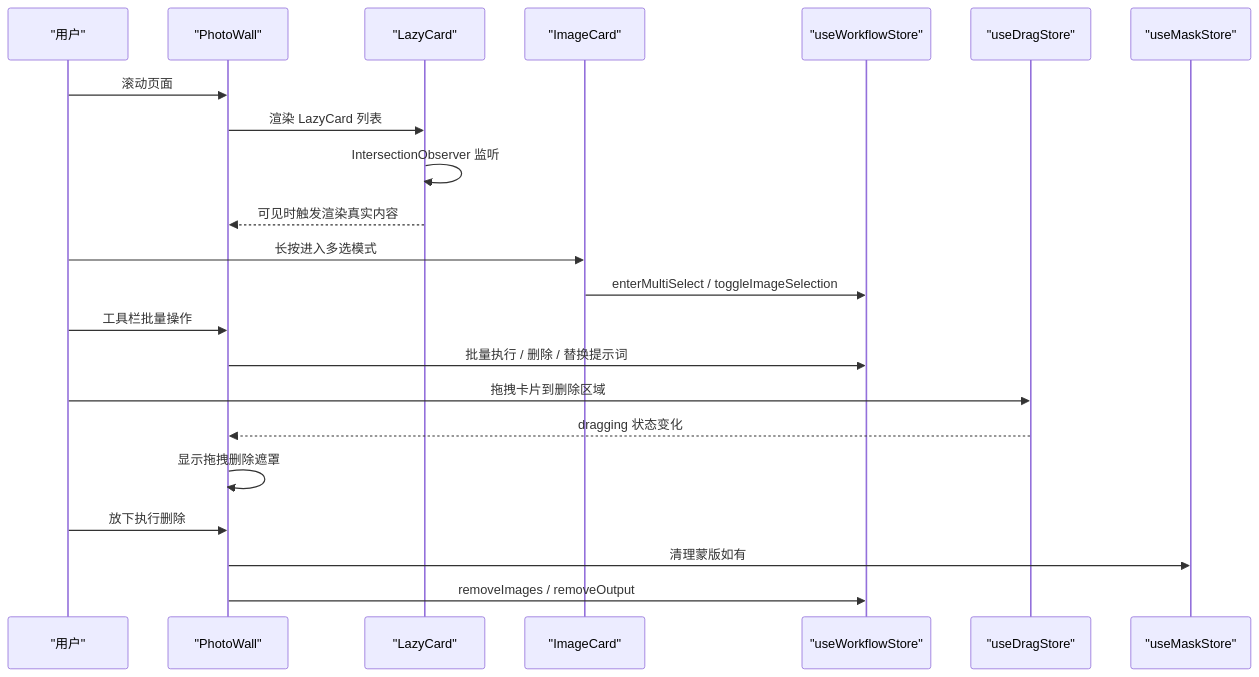
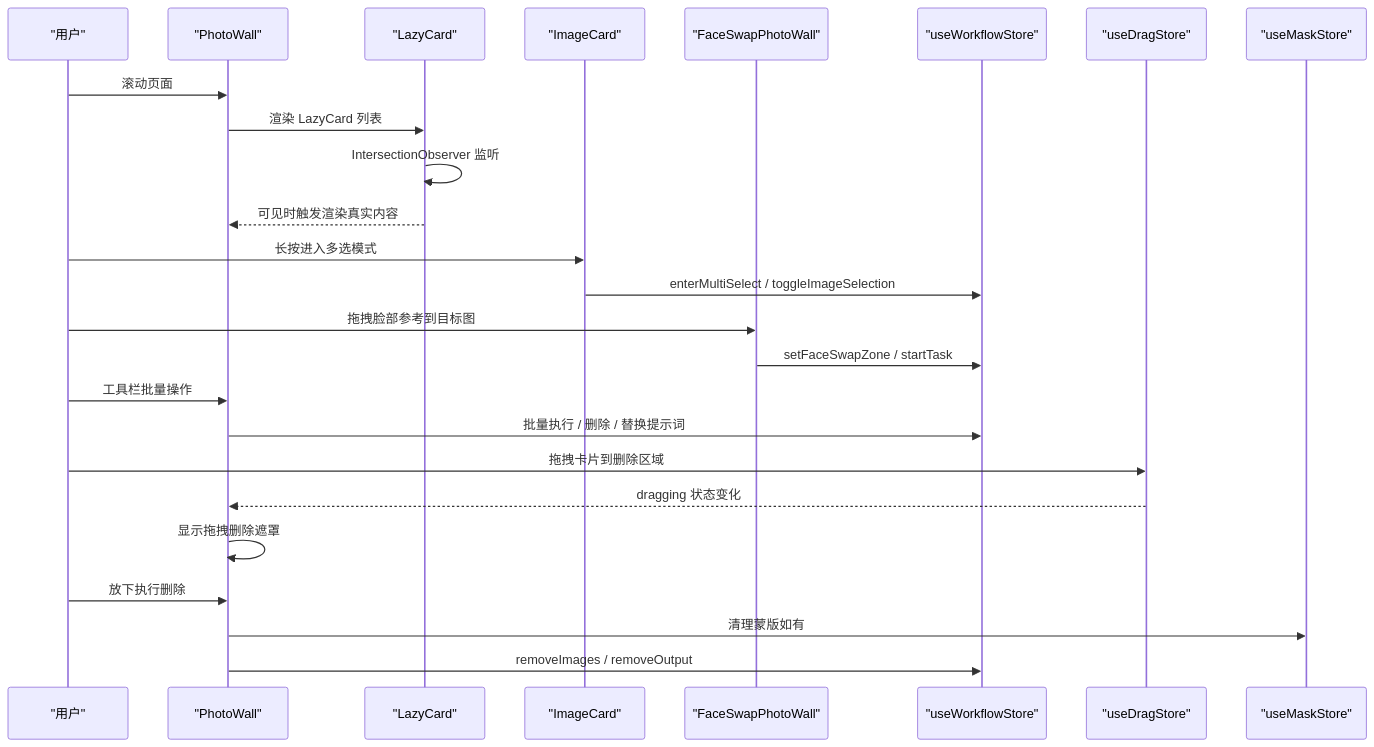
The second of 8 diagrams in .qoder/repowiki/zh/content/用户界面组件/核心界面组件/图片墙组件 (PhotoWall).md (billye220670/CorineKit_Pix2Real), drawn with Mermaid before and after one commit. The commit also changed other lines of this file and 3 other files, not shown here.

````diff
--- a/.qoder/repowiki/zh/content/用户界面组件/核心界面组件/图片墙组件 (PhotoWall).md
+++ b/.qoder/repowiki/zh/content/用户界面组件/核心界面组件/图片墙组件 (PhotoWall).md
@@ -100,24 +117,27 @@
 ```mermaid
 sequenceDiagram
 participant U as "用户"
 participant PW as "PhotoWall"
 participant LC as "LazyCard"
 participant IC as "ImageCard"
+participant FSPW as "FaceSwapPhotoWall"
 participant WFS as "useWorkflowStore"
 participant DS as "useDragStore"
 participant MS as "useMaskStore"
 U->>PW : 滚动页面
 PW->>LC : 渲染 LazyCard 列表
 LC->>LC : IntersectionObserver 监听
 LC-->>PW : 可见时触发渲染真实内容
 U->>IC : 长按进入多选模式
 IC->>WFS : enterMultiSelect / toggleImageSelection
+U->>FSPW : 拖拽脸部参考到目标图
+FSPW->>WFS : setFaceSwapZone / startTask
 U->>PW : 工具栏批量操作
 PW->>WFS : 批量执行 / 删除 / 替换提示词
 U->>DS : 拖拽卡片到删除区域
 DS-->>PW : dragging 状态变化
 PW->>PW : 显示拖拽删除遮罩
 U->>PW : 放下执行删除
 PW->>MS : 清理蒙版如有
 PW->>WFS : removeImages / removeOutput
 ```
````
